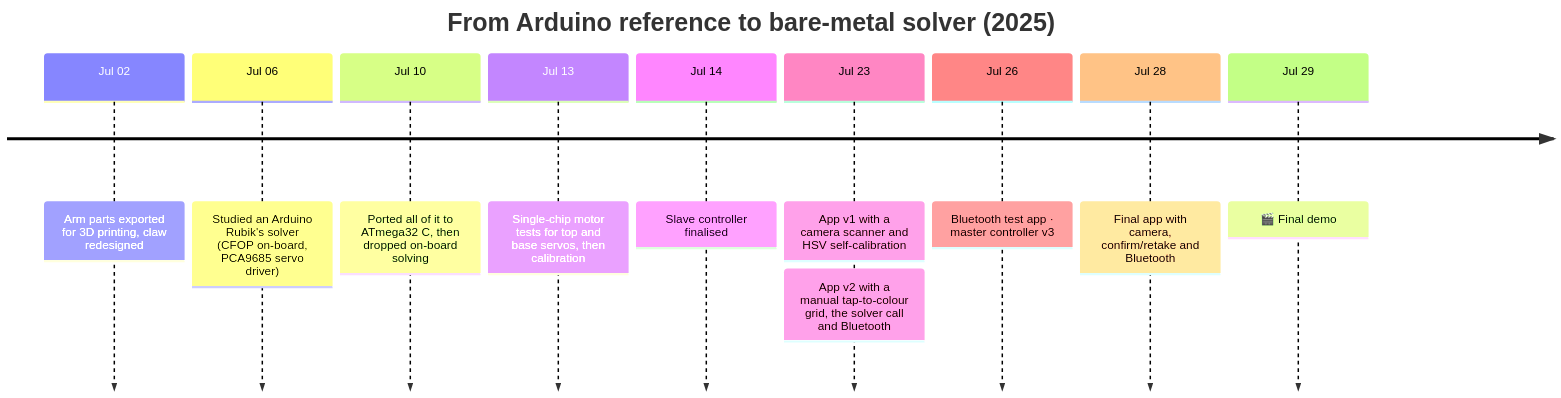
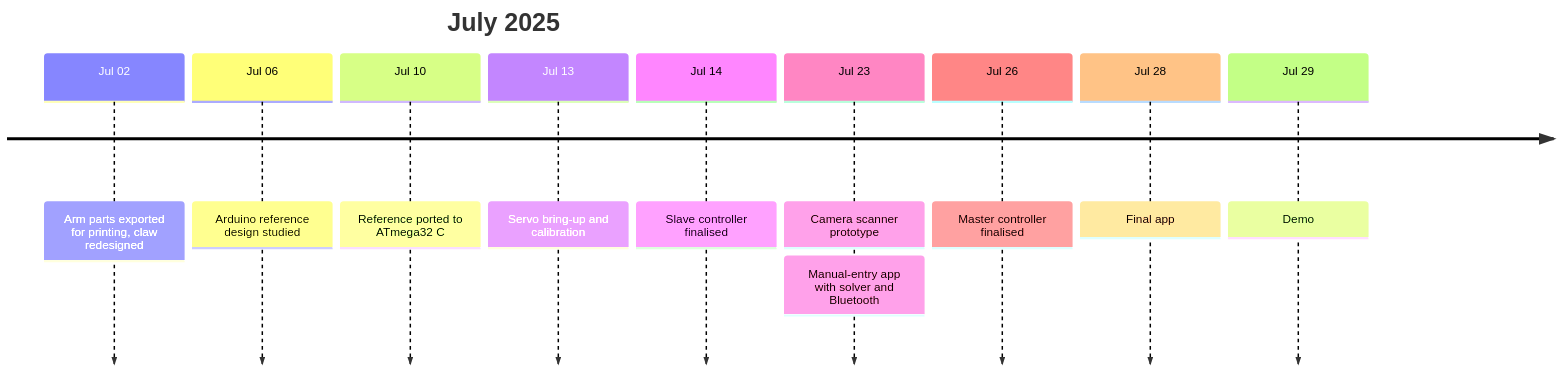
The second of 2 diagrams in README.md (Fanboyingeneral/SCRAMBLE), drawn with Mermaid before and after one commit. The commit also changed other lines of this file, not shown here.

````diff
--- a/README.md
+++ b/README.md
@@ -287,14 +155,14 @@
 ```mermaid
 timeline
-    title From Arduino reference to bare-metal solver (2025)
-    Jul 02 : Arm parts exported for 3D printing, claw redesigned
-    Jul 06 : Studied an Arduino Rubik's solver (CFOP on-board, PCA9685 servo driver)
-    Jul 10 : Ported all of it to ATmega32 C, then dropped on-board solving
-    Jul 13 : Single-chip motor tests for top and base servos, then calibration
+    title July 2025
+    Jul 02 : Arm parts exported for printing, claw redesigned
+    Jul 06 : Arduino reference design studied
+    Jul 10 : Reference ported to ATmega32 C
+    Jul 13 : Servo bring-up and calibration
     Jul 14 : Slave controller finalised
-    Jul 23 : App v1 with a camera scanner and HSV self-calibration
-           : App v2 with a manual tap-to-colour grid, the solver call and Bluetooth
-    Jul 26 : Bluetooth test app · master controller v3
-    Jul 28 : Final app with camera, confirm/retake and Bluetooth
-    Jul 29 : 🎬 Final demo
+    Jul 23 : Camera scanner prototype
+           : Manual-entry app with solver and Bluetooth
+    Jul 26 : Master controller finalised
+    Jul 28 : Final app
+    Jul 29 : Demo
 ```
````
